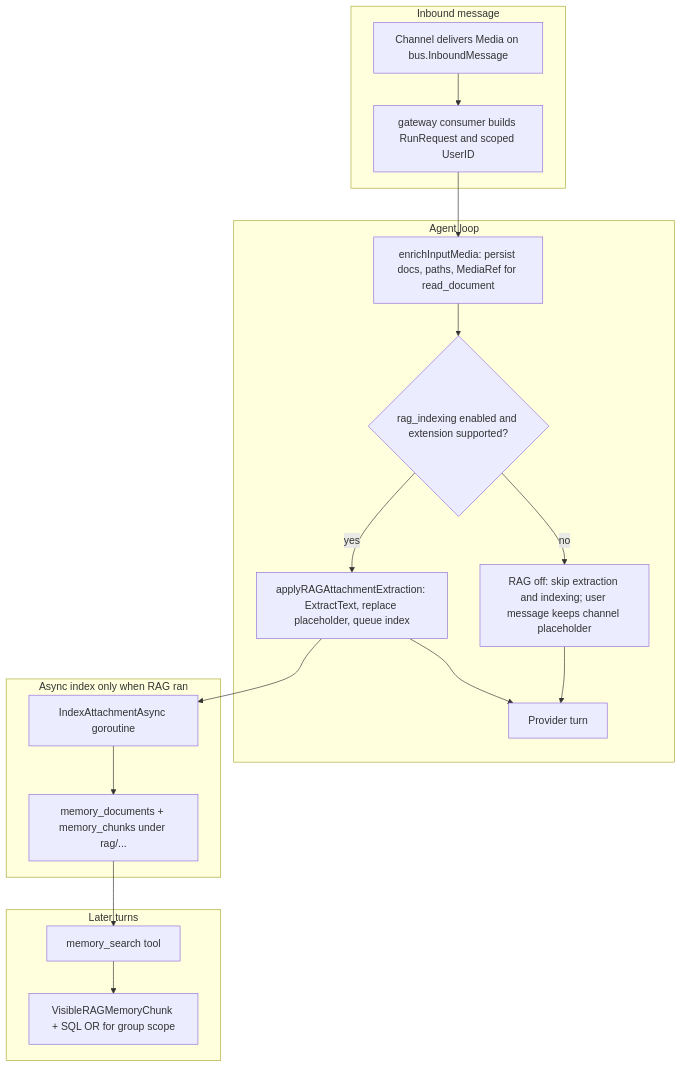
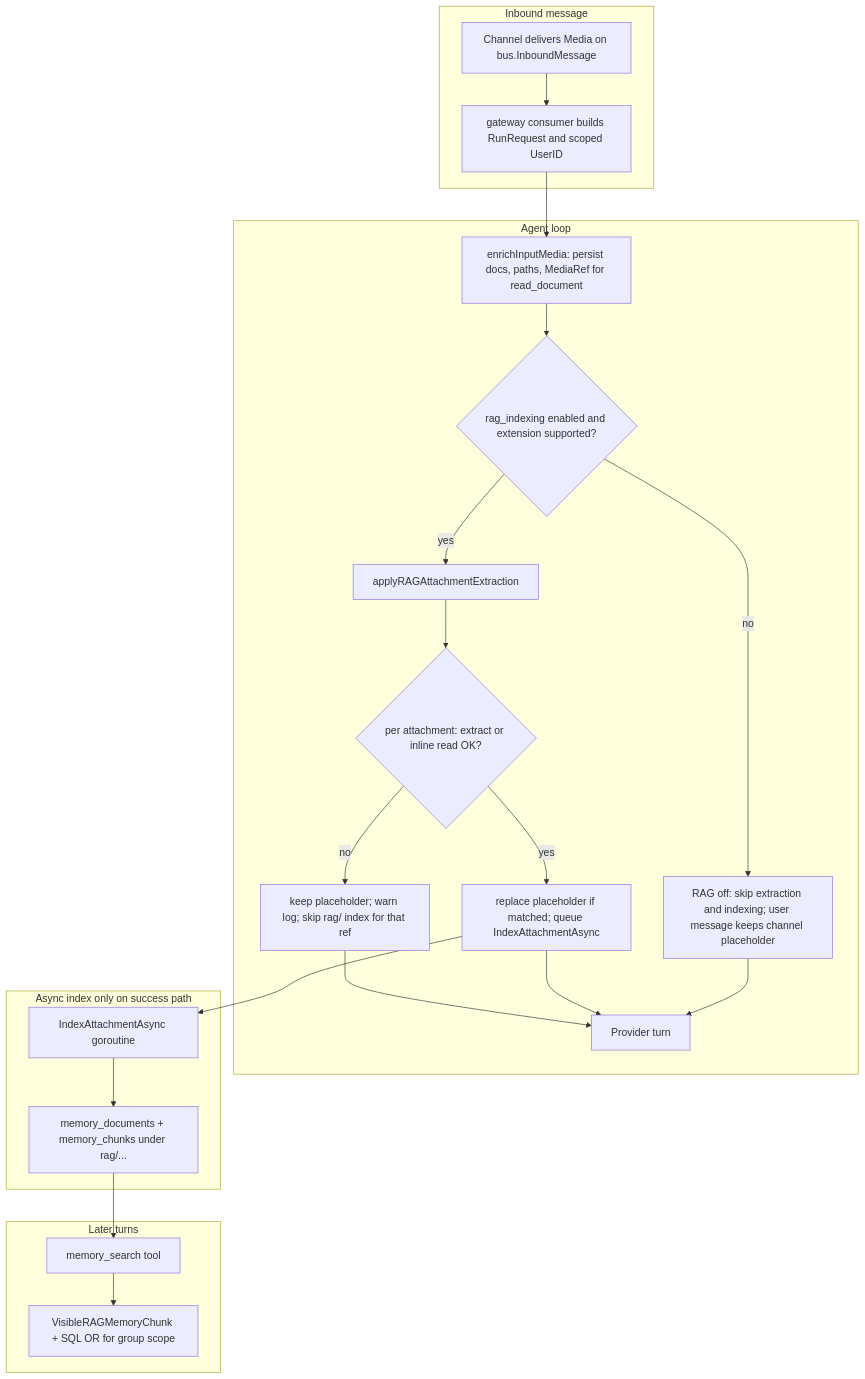
The diagram in docs/rag-implementation.md (ba0f3/goclaw), drawn with Mermaid before and after one commit. The commit also changed other lines of this file and 1 other file, not shown here.

First line of the commit message:
Enhance RAG implementation documentation and tests

````diff
--- a/docs/rag-implementation.md
+++ b/docs/rag-implementation.md
@@ -32,27 +32,32 @@
 ```mermaid
 flowchart TB
   subgraph inbound["Inbound message"]
     CH["Channel delivers Media on bus.InboundMessage"]
     GW["gateway consumer builds RunRequest and scoped UserID"]
   end
   subgraph loop["Agent loop"]
     EM["enrichInputMedia: persist docs, paths, MediaRef for read_document"]
-    DEC{"rag_indexing enabled and extension supported?"}
-    RAG["applyRAGAttachmentExtraction: ExtractText, replace placeholder, queue index"]
+    DEC{"rag_indexing enabled and extension supported&quest;"}
+    RAG["applyRAGAttachmentExtraction"]
+    Q{"per attachment: extract or inline read OK&quest;"}
+    RAGOK["replace placeholder if matched; queue IndexAttachmentAsync"]
+    RAGFAIL["keep placeholder; warn log; skip rag&sol; index for that ref"]
     NORAG["RAG off: skip extraction and indexing; user message keeps channel placeholder"]
     LLM["Provider turn"]
   end
-  subgraph index["Async index only when RAG ran"]
+  subgraph index["Async index only on success path"]
     IDX["IndexAttachmentAsync goroutine"]
-    MEM["memory_documents + memory_chunks under rag/..."]
+    MEM["memory_documents + memory_chunks under rag&sol;..."]
   end
   subgraph search["Later turns"]
     MS["memory_search tool"]
     VIS["VisibleRAGMemoryChunk + SQL OR for group scope"]
   end
   CH --> GW --> EM --> DEC
   DEC -->|no| NORAG --> LLM
-  DEC -->|yes| RAG --> LLM
-  RAG --> IDX --> MEM
+  DEC -->|yes| RAG --> Q
+  Q -->|yes| RAGOK --> LLM
+  Q -->|no| RAGFAIL --> LLM
+  RAGOK --> IDX --> MEM
   MEM --> MS --> VIS
 ```
````
